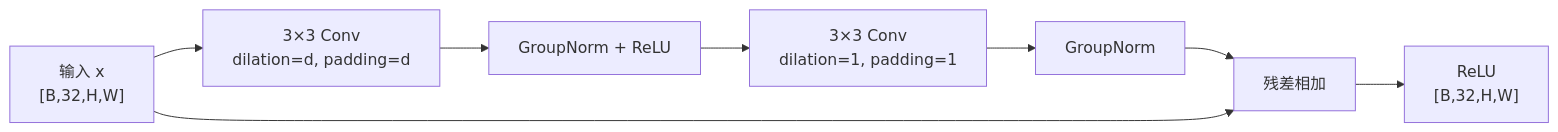
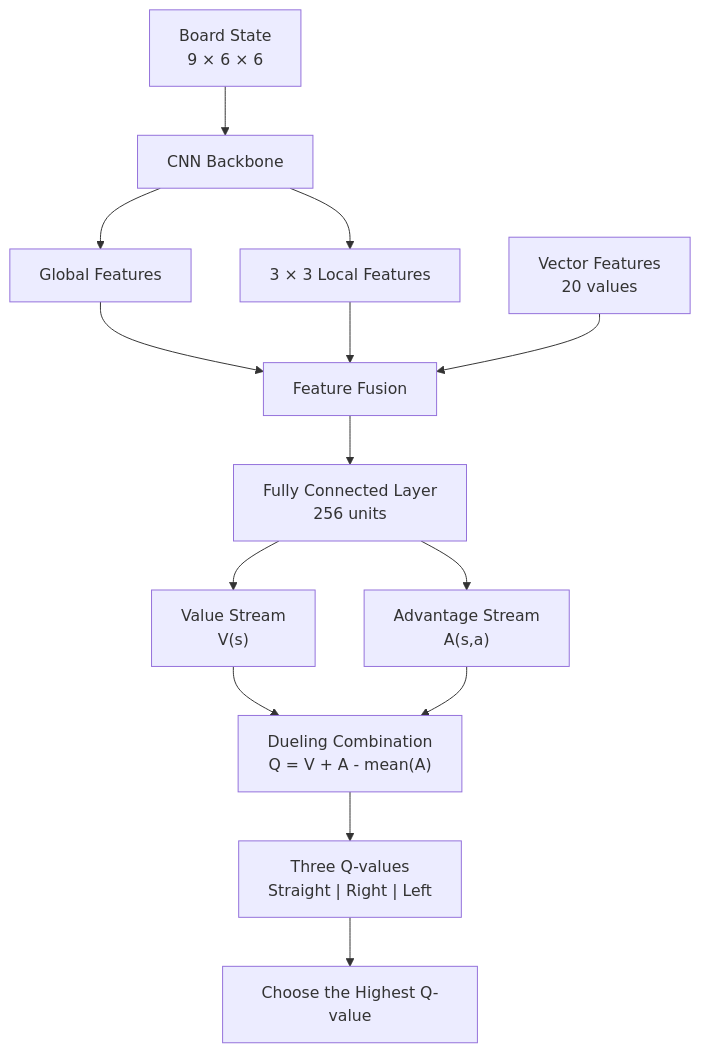
One commit to leijun0336-a11y/Snake changed the diagram in README.md. Above: the diagram before and after it, drawn with Mermaid. The commit also changed other lines of this file and 5 other files, not shown here.

````diff
--- a/README.md
+++ b/README.md
@@ -321,12 +137,19 @@
-```mermaid
-flowchart LR
-    X["输入 x<br/>[B,32,H,W]"]
-    C1["3×3 Conv<br/>dilation=d, padding=d"]
-    N1["GroupNorm + ReLU"]
-    C2["3×3 Conv<br/>dilation=1, padding=1"]
-    N2["GroupNorm"]
-    ADD["残差相加"]
-    OUT["ReLU<br/>[B,32,H,W]"]
-    X --> C1 --> N1 --> C2 --> N2 --> ADD --> OUT
-    X --> ADD
-```
+   ```mermaid
+   flowchart TB
+       BOARD["Board State<br/>9 × 6 × 6"] --> CNN["CNN Backbone"]
+       CNN --> GLOBAL["Global Features"]
+       CNN --> LOCAL["3 × 3 Local Features"]
+
+       GLOBAL --> FUSION["Feature Fusion"]
+       LOCAL --> FUSION
+       VECTOR["Vector Features<br/>20 values"] --> FUSION
+
+       FUSION --> FC["Fully Connected Layer<br/>256 units"]
+       FC --> VALUE["Value Stream<br/>V(s)"]
+       FC --> ADVANTAGE["Advantage Stream<br/>A(s,a)"]
+
+       VALUE --> COMBINE["Dueling Combination<br/>Q = V + A - mean(A)"]
+       ADVANTAGE --> COMBINE
+       COMBINE --> QVALUES["Three Q-values<br/>Straight | Right | Left"]
+       QVALUES --> ACTION["Choose the Highest Q-value"]
+   ```
````
